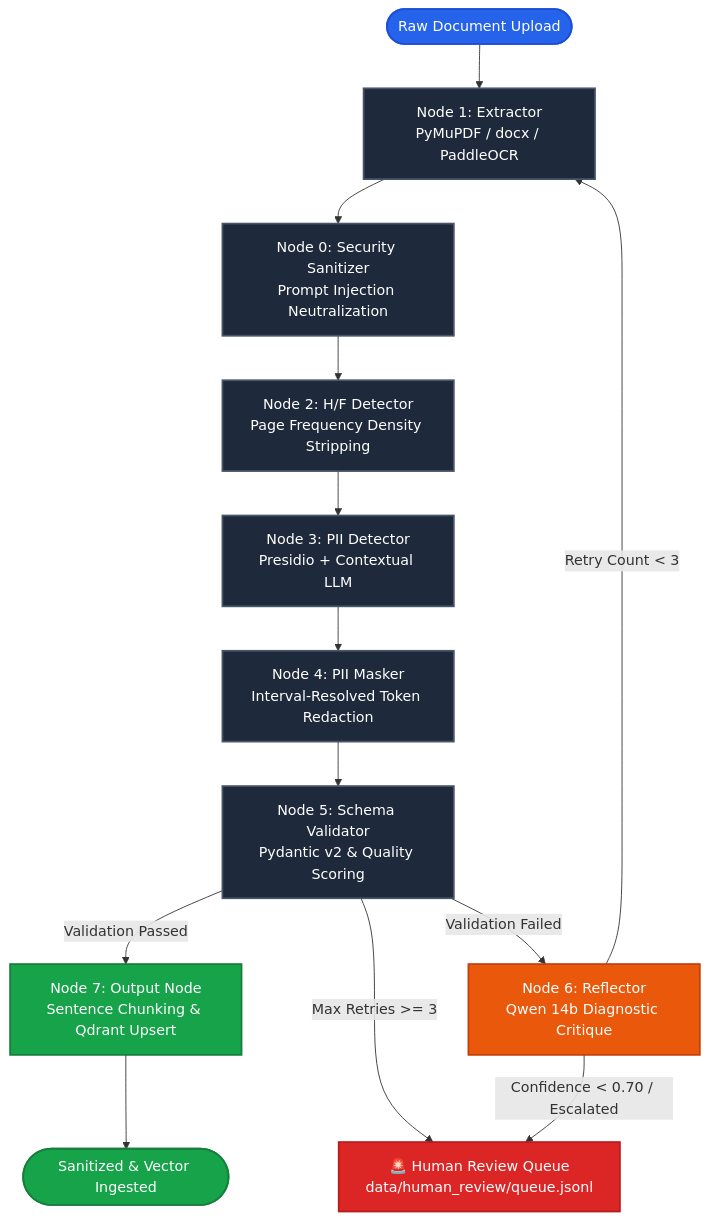
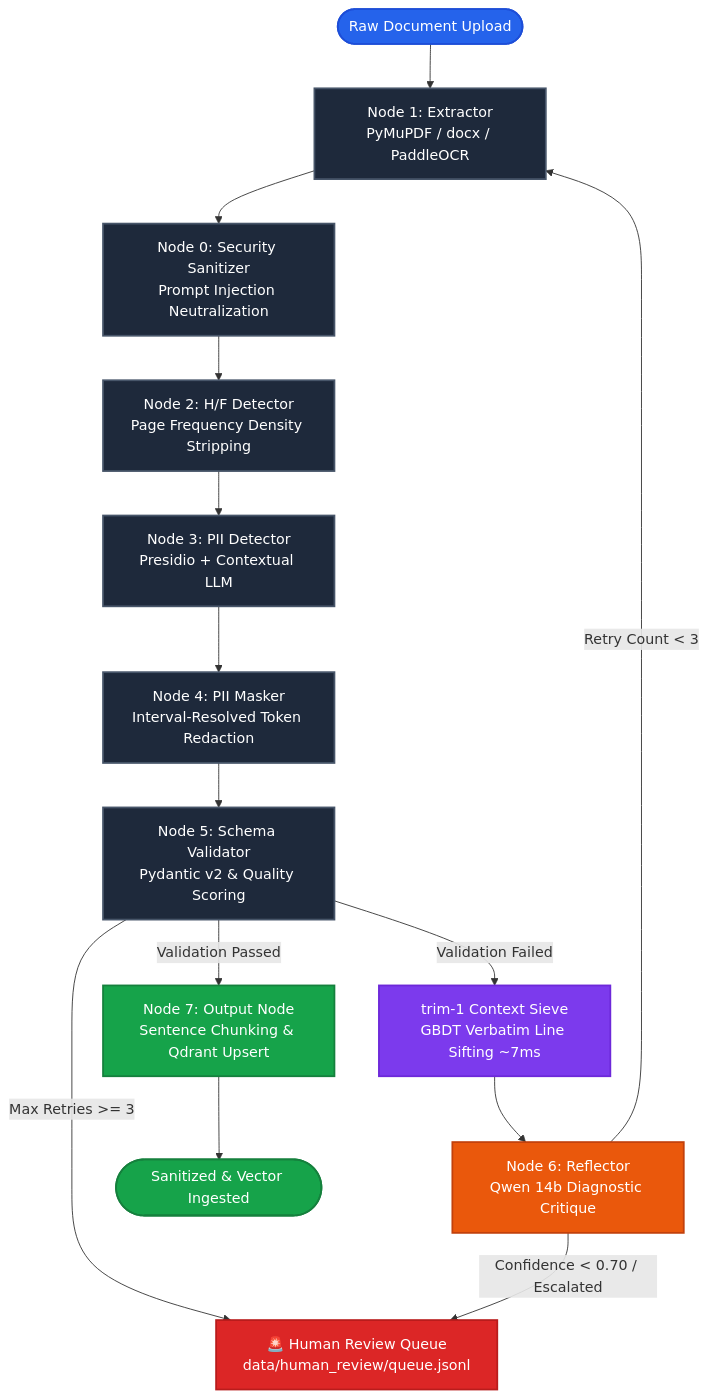
One commit to ImdataScientistSachin/DataShuddi changed the first of 2 diagrams in README.md. Above: the diagram before and after it, drawn with Mermaid. The commit also changed other lines of this file and 10 other files, not shown here.

Commit message:
docs: update README and system docs with trim-1 context sieve and understand-anything knowledge graph

````diff
--- a/README.md
+++ b/README.md
@@ -172,23 +184,25 @@
 ```mermaid
 flowchart TD
     classDef startNode fill:#2563eb,stroke:#1d4ed8,stroke-width:2px,color:#fff;
     classDef defaultNode fill:#1e293b,stroke:#475569,stroke-width:2px,color:#fff;
     classDef successNode fill:#16a34a,stroke:#15803d,stroke-width:2px,color:#fff;
     classDef retryNode fill:#ea580c,stroke:#c2410c,stroke-width:2px,color:#fff;
     classDef alertNode fill:#dc2626,stroke:#b91c1c,stroke-width:2px,color:#fff;
+    classDef sieveNode fill:#7c3aed,stroke:#6d28d9,stroke-width:2px,color:#fff;
 
     START([Raw Document Upload]):::startNode --> N1[Node 1: Extractor\nPyMuPDF / docx / PaddleOCR]:::defaultNode
     N1 --> N0[Node 0: Security Sanitizer\nPrompt Injection Neutralization]:::defaultNode
     N0 --> N2[Node 2: H/F Detector\nPage Frequency Density Stripping]:::defaultNode
     N2 --> N3[Node 3: PII Detector\nPresidio + Contextual LLM]:::defaultNode
     N3 --> N4[Node 4: PII Masker\nInterval-Resolved Token Redaction]:::defaultNode
     N4 --> N5[Node 5: Schema Validator\nPydantic v2 & Quality Scoring]:::defaultNode
     
     N5 -->|Validation Passed| N7[Node 7: Output Node\nSentence Chunking & Qdrant Upsert]:::successNode
-    N5 -->|Validation Failed| N6[Node 6: Reflector\nQwen 14b Diagnostic Critique]:::retryNode
+    N5 -->|Validation Failed| SIEVE[trim-1 Context Sieve\nGBDT Verbatim Line Sifting ~7ms]:::sieveNode
+    SIEVE --> N6[Node 6: Reflector\nQwen 14b Diagnostic Critique]:::retryNode
     N5 -->|Max Retries >= 3| HRQ[🚨 Human Review Queue\ndata/human_review/queue.jsonl]:::alertNode
     
     N6 -->|Retry Count < 3| N1
     N6 -->|Confidence < 0.70 / Escalated| HRQ
     N7 --> END([Sanitized & Vector Ingested]):::successNode
 ```
````
